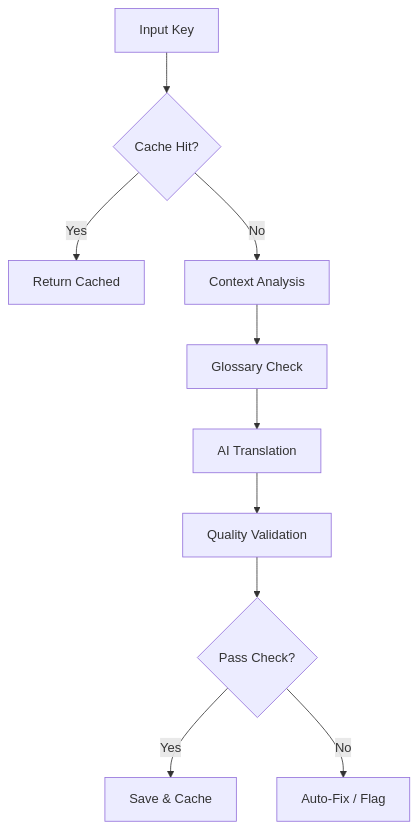
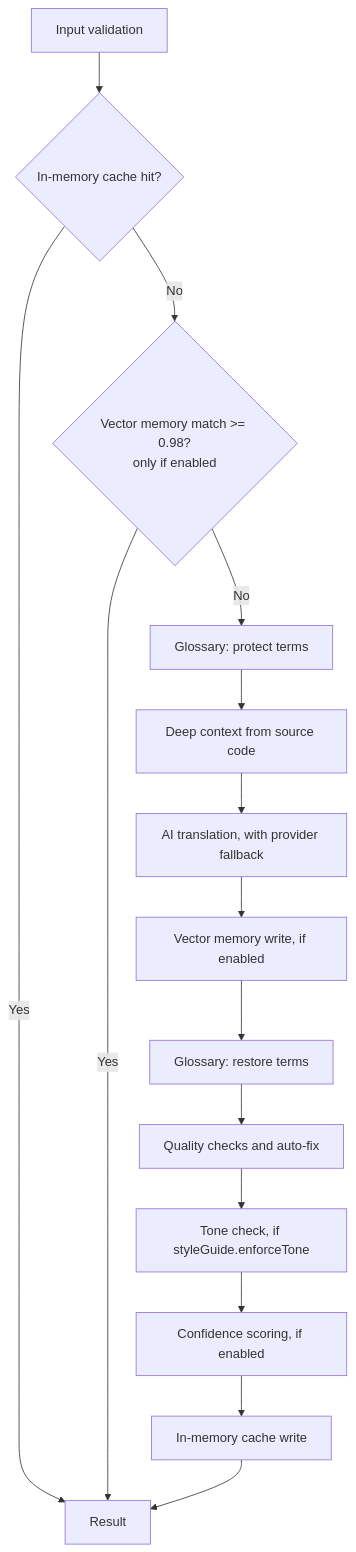
The diagram in docs/concepts.md (ahmetenesdur/locai), drawn with Mermaid before and after one commit. The commit also changed other lines of this file and 3 other files, not shown here.

Commit message:
docs(quality): describe auto-fix checks, fix scope and the real pipeline order

````diff
--- a/docs/concepts.md
+++ b/docs/concepts.md
@@ -9,12 +9,17 @@
 ```mermaid
 graph TD
-    A[Input Key] --> B{Cache Hit?}
-    B -- Yes --> C[Return Cached]
-    B -- No --> D[Context Analysis]
-    D --> E[Glossary Check]
-    E --> F[AI Translation]
-    F --> G[Quality Validation]
-    G --> H{Pass Check?}
-    H -- Yes --> I[Save & Cache]
-    H -- No --> J[Auto-Fix / Flag]
+    A[Input validation] --> B{In-memory cache hit?}
+    B -- Yes --> Z[Result]
+    B -- No --> C{Vector memory match >= 0.98?<br/>only if enabled}
+    C -- Yes --> Z
+    C -- No --> D[Glossary: protect terms]
+    D --> E[Deep context from source code]
+    E --> F[AI translation, with provider fallback]
+    F --> G[Vector memory write, if enabled]
+    G --> H[Glossary: restore terms]
+    H --> I[Quality checks and auto-fix]
+    I --> J[Tone check, if styleGuide.enforceTone]
+    J --> K[Confidence scoring, if enabled]
+    K --> L[In-memory cache write]
+    L --> Z
 ```
````
